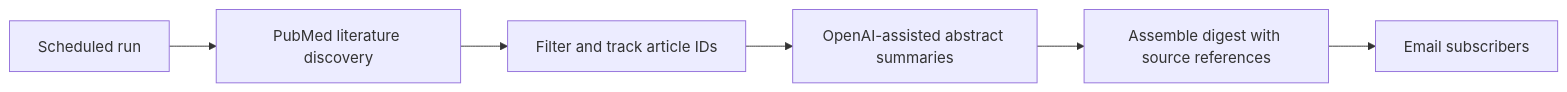
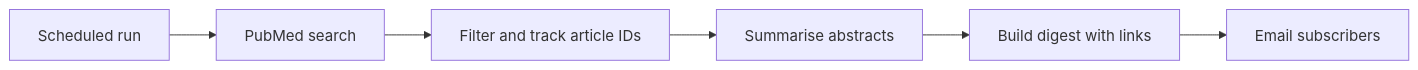
One commit to realikechukwu/about changed the diagram in case-studies/cardiology-digest.md. Above: the diagram before and after it, drawn with Mermaid. The commit also changed other lines of this file and 2 other files, not shown here.

````diff
--- a/case-studies/cardiology-digest.md
+++ b/case-studies/cardiology-digest.md
@@ -22,8 +18,8 @@
 ```mermaid
 flowchart LR
-    A["Scheduled run"] --> B["PubMed literature discovery"]
+    A["Scheduled run"] --> B["PubMed search"]
     B --> C["Filter and track article IDs"]
-    C --> D["OpenAI-assisted abstract summaries"]
-    D --> E["Assemble digest with source references"]
+    C --> D["Summarise abstracts"]
+    D --> E["Build digest with links"]
     E --> F["Email subscribers"]
 ```
````
